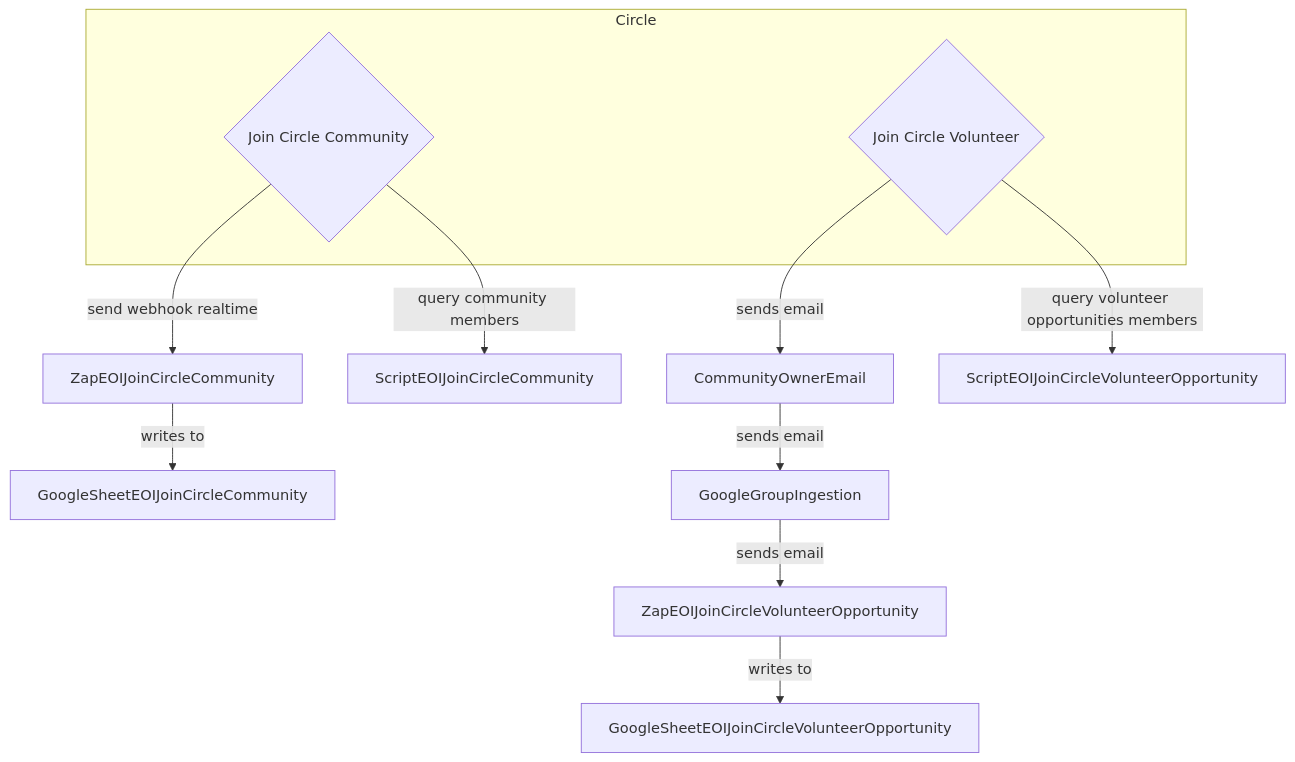
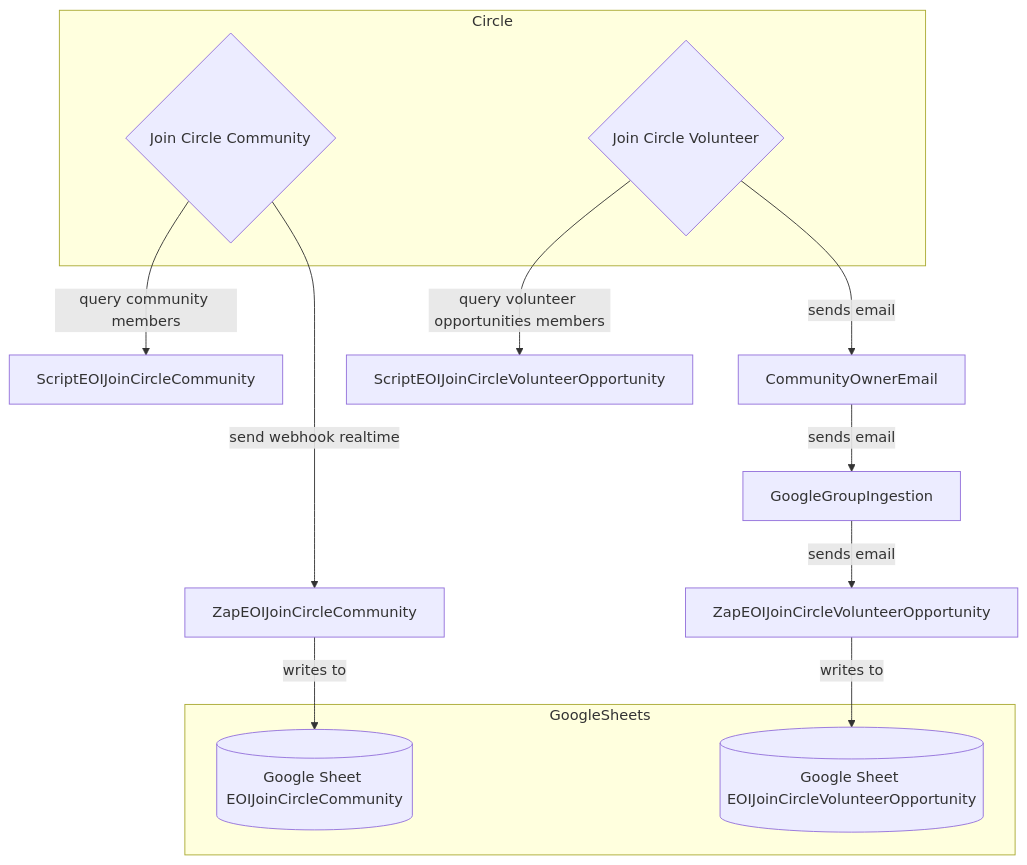
One commit to CloudSecurityAlliance/CSA-IT-Operations changed the diagram in projects/WG-automation/WG-Automation-4.md. Above: the diagram before and after it, drawn with Mermaid.

````diff
--- a/projects/WG-automation/WG-Automation-4.md
+++ b/projects/WG-automation/WG-Automation-4.md
@@ -1,27 +1,31 @@
 ```mermaid
 graph TD;
 
 %% CIRCLE SIDE
 %% Verified email, user initiates action
 subgraph Circle
 joinCircleCommunity{Join Circle Community}
 joinCircleVolunteer{Join Circle Volunteer}
 end
 
 joinCircleCommunity-->|send webhook realtime|ZapEOIJoinCircleCommunity
 
 joinCircleCommunity-->|query community members|ScriptEOIJoinCircleCommunity
 
 joinCircleVolunteer-->|sends email|CommunityOwnerEmail
 CommunityOwnerEmail-->|sends email|GoogleGroupIngestion
 GoogleGroupIngestion-->|sends email|ZapEOIJoinCircleVolunteerOpportunity
 
 joinCircleVolunteer-->|query volunteer opportunities members|ScriptEOIJoinCircleVolunteerOpportunity
 
 
 ZapEOIJoinCircleCommunity-->|writes to|GoogleSheetEOIJoinCircleCommunity
 
 ZapEOIJoinCircleVolunteerOpportunity-->|writes to|GoogleSheetEOIJoinCircleVolunteerOpportunity
 
+subgraph GoogleSheets
+GoogleSheetEOIJoinCircleCommunity[(Google Sheet EOIJoinCircleCommunity)]
+GoogleSheetEOIJoinCircleVolunteerOpportunity[(Google Sheet EOIJoinCircleVolunteerOpportunity)]
+end
 
 ```
````
